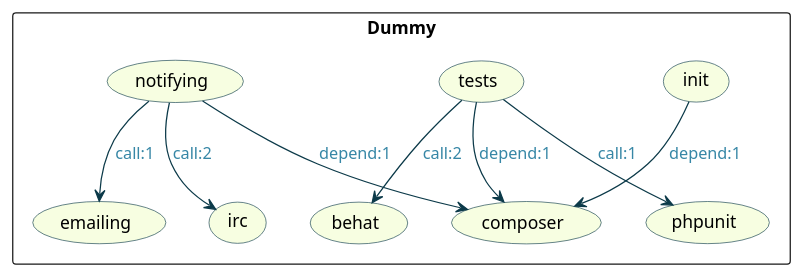
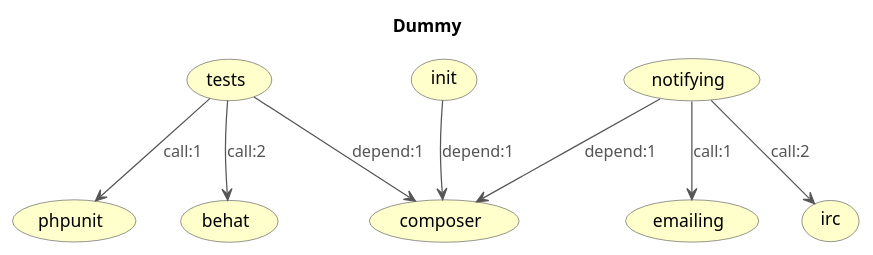
One commit to jawira/phing-visualizer changed the diagram in resources/puml/dummy.puml. Above: the diagram before and after it, drawn with PlantUML. The commit also changed 5 other files, not shown here.

```diff
--- a/resources/puml/dummy.puml
+++ b/resources/puml/dummy.puml
@@ -1,30 +1,34 @@
 @startuml
 
+title Dummy
+hide stereotype
 skinparam Arrow {
-Color #0C3A49
-FontColor #3787A6
+Color #555555
+FontColor #555555
 }
 skinparam UseCase {
-BackgroundColor #F7FEE1
-BorderColor #0C3A49
+BackgroundColor #FFFFCC
+BorderColor #555555
 }
 
-rectangle "Dummy" {
-(init)
-(composer)
-(tests)
-(notifying)
-(emailing)
-(irc)
-(phpunit)
-(behat)
+skinparam UseCase {
+BackgroundColor<< Dummy >> #FFFFCC
 }
+(init)<< Dummy >>
+(composer)<< Dummy >>
+(tests)<< Dummy >>
+(notifying)<< Dummy >>
+(emailing)<< Dummy >>
+(irc)<< Dummy >>
+(phpunit)<< Dummy >>
+(behat)<< Dummy >>
+
 
 (init) --> (composer) : depend:1
 (tests) --> (phpunit) : call:1
 (tests) --> (behat) : call:2
 (tests) --> (composer) : depend:1
 (notifying) --> (emailing) : call:1
 (notifying) --> (irc) : call:2
 (notifying) --> (composer) : depend:1
 @enduml
```
